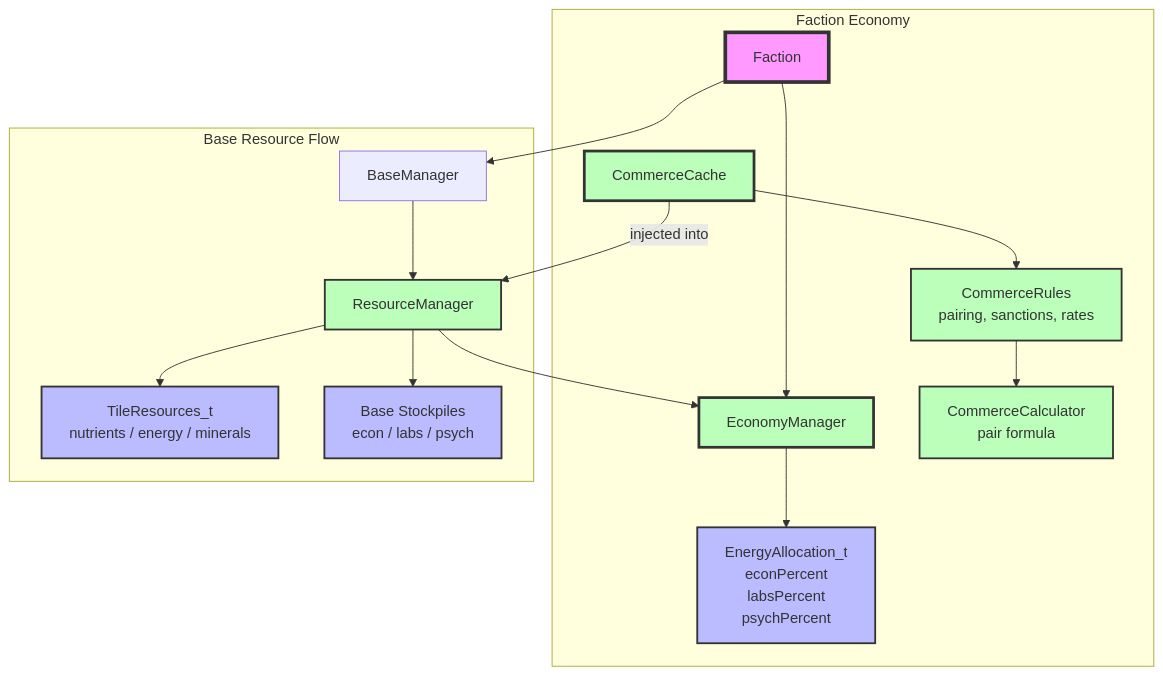
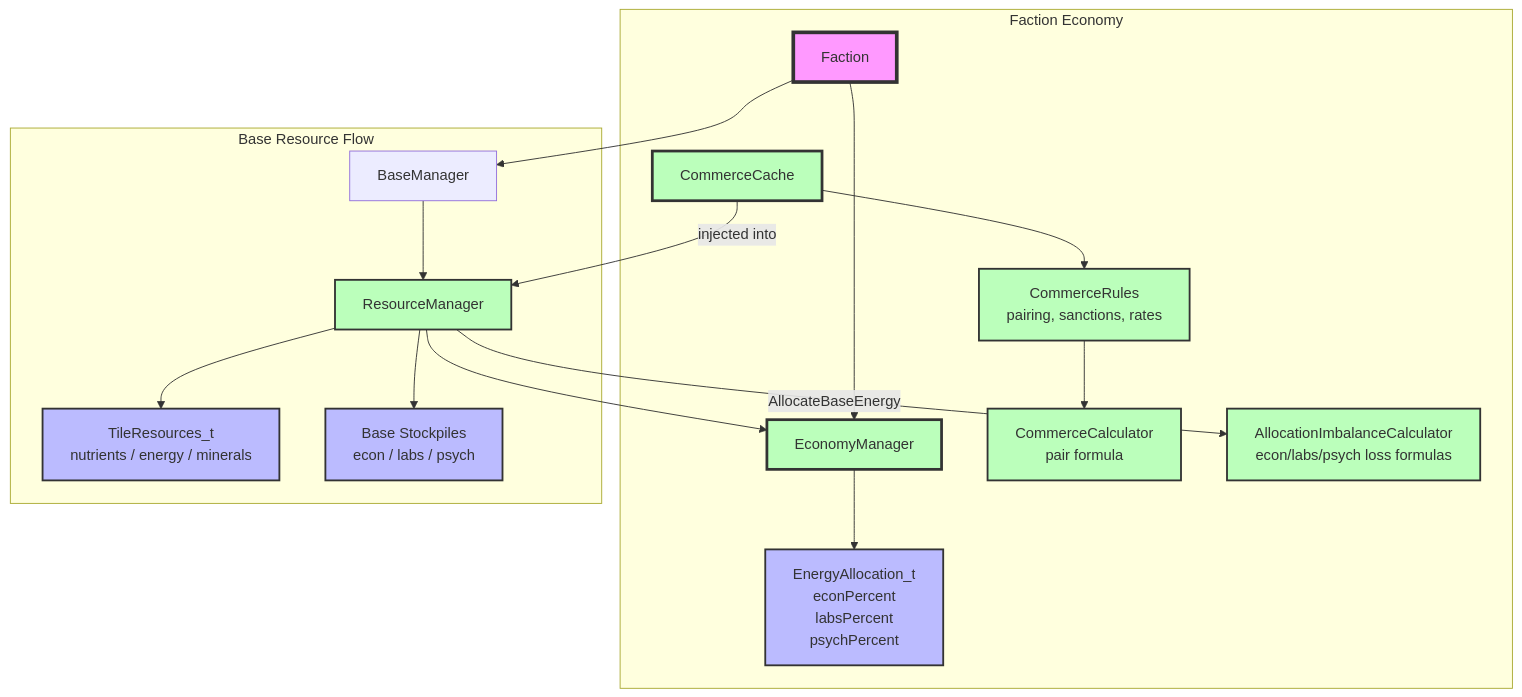
The diagram in docs/architecture/economy-system.md (kilianloftis/alpha-centauri), drawn with Mermaid before and after one commit. The commit also changed other lines of this file and 35 other files, not shown here.

Commit message:
Allocation Imbalance

````diff
--- a/docs/architecture/economy-system.md
+++ b/docs/architecture/economy-system.md
@@ -3,40 +3,43 @@
 ```mermaid
 graph TB
     subgraph "Faction Economy"
         Faction[Faction]
         EconomyManager[EconomyManager]
         EnergyAllocation[EnergyAllocation_t<br/>econPercent<br/>labsPercent<br/>psychPercent]
         CommerceCache[CommerceCache]
         CommerceRules[CommerceRules<br/>pairing, sanctions, rates]
         CommerceCalculator[CommerceCalculator<br/>pair formula]
+        AllocationImbalance[AllocationImbalanceCalculator<br/>econ/labs/psych loss formulas]
     end
 
     subgraph "Base Resource Flow"
         BaseManager[BaseManager]
         ResourceManager[ResourceManager]
         TileResources[TileResources_t<br/>nutrients / energy / minerals]
         Stockpiles[Base Stockpiles<br/>econ / labs / psych]
     end
 
     Faction --> EconomyManager
     EconomyManager --> EnergyAllocation
     CommerceCache -->|"injected into"| ResourceManager
     CommerceCache --> CommerceRules
     CommerceRules --> CommerceCalculator
+    ResourceManager -->|"AllocateBaseEnergy"| AllocationImbalance
 
     Faction --> BaseManager
     BaseManager --> ResourceManager
     ResourceManager --> EconomyManager
     ResourceManager --> TileResources
     ResourceManager --> Stockpiles
 
     style Faction fill:#f9f,stroke:#333,stroke-width:4px
     style EconomyManager fill:#bfb,stroke:#333,stroke-width:3px
     style CommerceCache fill:#bfb,stroke:#333,stroke-width:3px
     style CommerceRules fill:#bfb,stroke:#333,stroke-width:2px
     style CommerceCalculator fill:#bfb,stroke:#333,stroke-width:2px
+    style AllocationImbalance fill:#bfb,stroke:#333,stroke-width:2px
     style ResourceManager fill:#bfb,stroke:#333,stroke-width:2px
     style EnergyAllocation fill:#bbf,stroke:#333,stroke-width:2px
     style TileResources fill:#bbf,stroke:#333,stroke-width:2px
     style Stockpiles fill:#bbf,stroke:#333,stroke-width:2px
 ```
````
